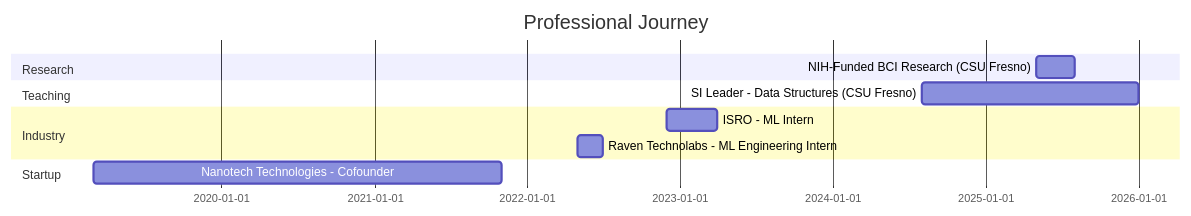
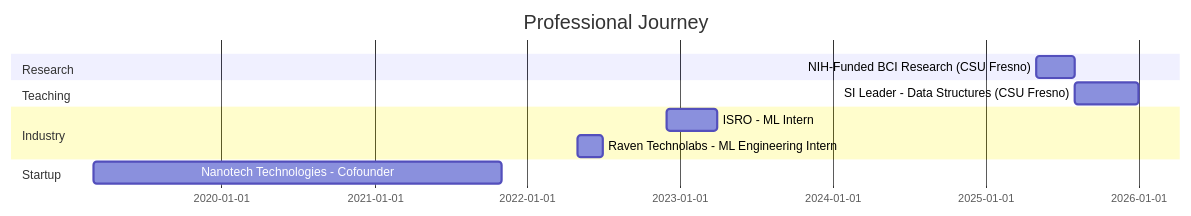
The diagram in README.md (Aryanp018/Aryanp018), drawn with Mermaid before and after one commit.

Commit message:
Update SI Leader position date in README

````diff
--- a/README.md
+++ b/README.md
@@ -285,14 +285,14 @@
 ```mermaid
 gantt
     title Professional Journey
     dateFormat YYYY-MM
     section Research
     NIH-Funded BCI Research (CSU Fresno)     :2025-05, 2025-08
     section Teaching
-    SI Leader - Data Structures (CSU Fresno) :2024-08, 2026-01
+    SI Leader - Data Structures (CSU Fresno) :2025-08, 2026-01
     section Industry
     ISRO - ML Intern                         :2022-12, 2023-04
     Raven Technolabs - ML Engineering Intern :2022-05, 2022-07
     section Startup
     Nanotech Technologies - Cofounder        :2019-03, 2021-11
 ```
````
